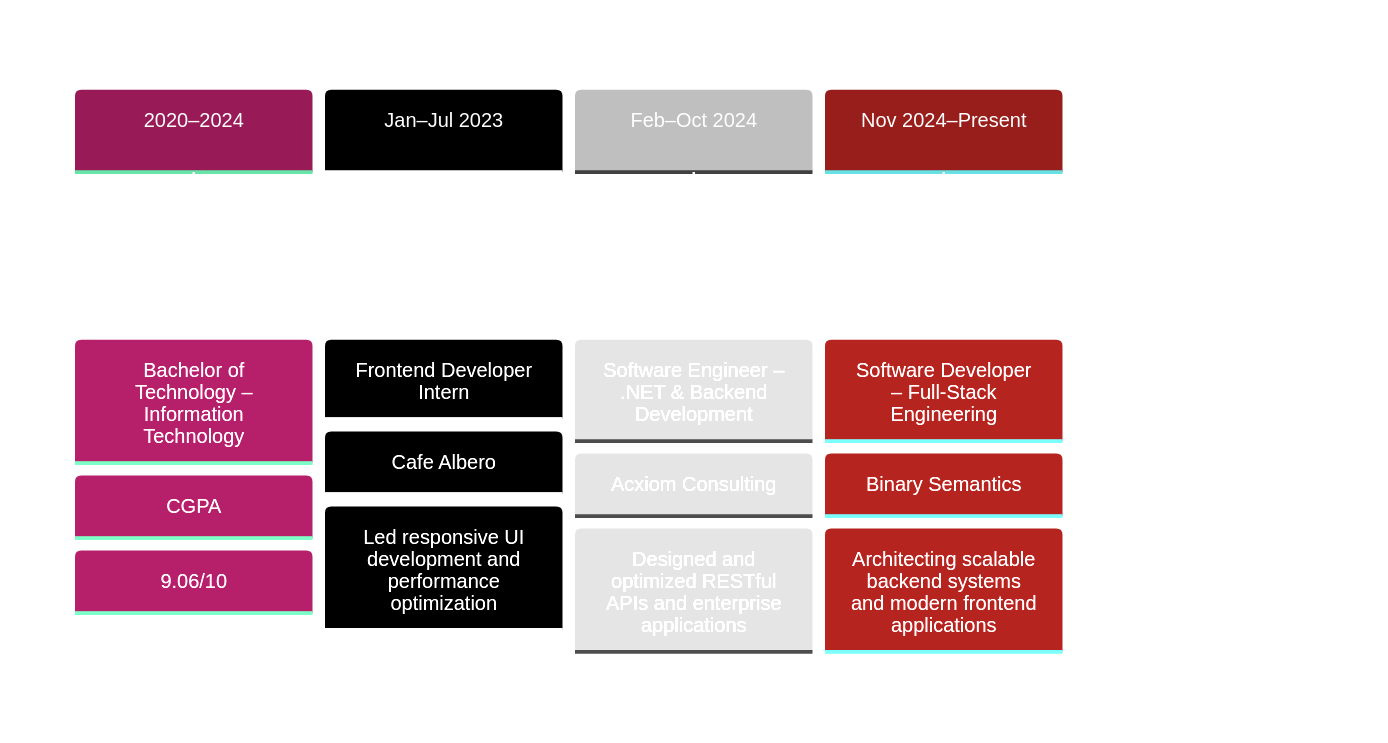
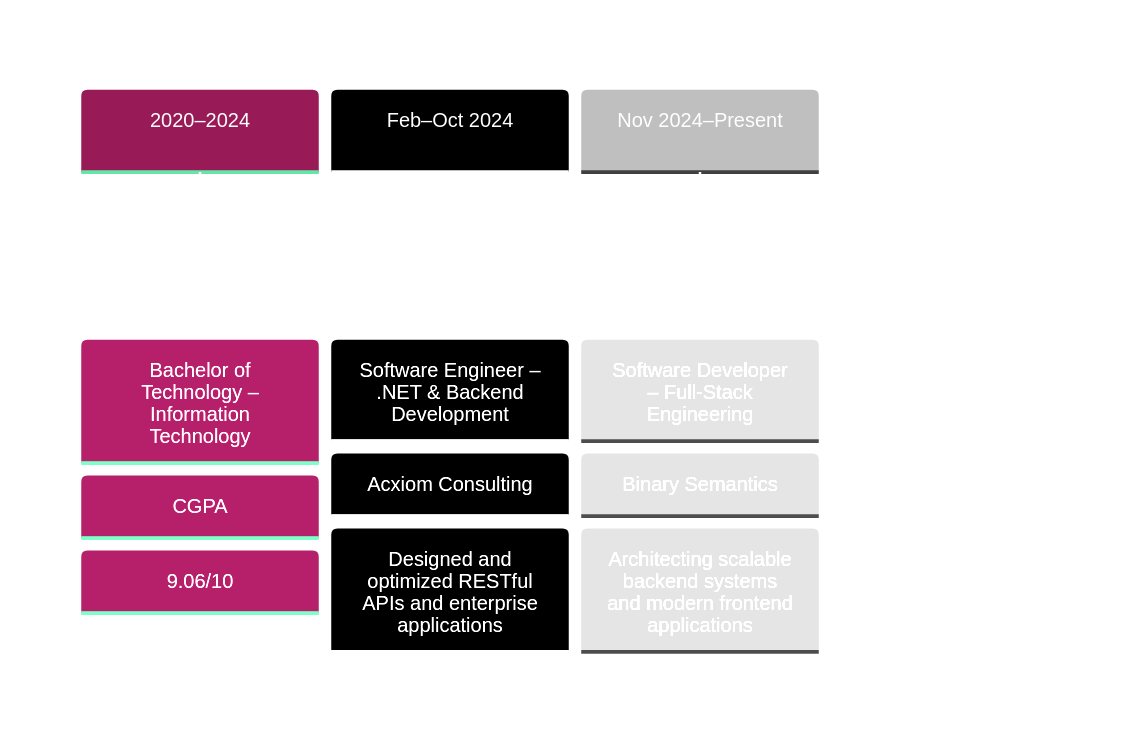
The diagram in README.md (AlienAlien369/AlienAlien369), drawn with Mermaid before and after one commit.

Commit message:
removed the internship

````diff
--- a/README.md
+++ b/README.md
@@ -215,27 +215,23 @@
 ```mermaid
 %%{init: {'theme':'base', 'themeVariables': { 
   'primaryColor': '#e05397',
   'primaryTextColor': '#fff',
   'primaryBorderColor': '#7C0200',
   'lineColor': '#F8B229',
   'secondaryColor': '#006100',
   'tertiaryColor': '#fff',
   'fontFamily': 'Fira Code'
 }}}%%
 timeline
     title Career Progression
     2020–2024  : Bachelor of Technology – Information Technology
               : CGPA: 9.06/10
 
-    Jan–Jul 2023  : Frontend Developer Intern
-                  : Cafe Albero
-                  : Led responsive UI development and performance optimization
-
     Feb–Oct 2024  : Software Engineer – .NET & Backend Development
                   : Acxiom Consulting
                   : Designed and optimized RESTful APIs and enterprise applications
 
     Nov 2024–Present : Software Developer – Full-Stack Engineering
                     : Binary Semantics
                     : Architecting scalable backend systems and modern frontend applications
 ```
````
